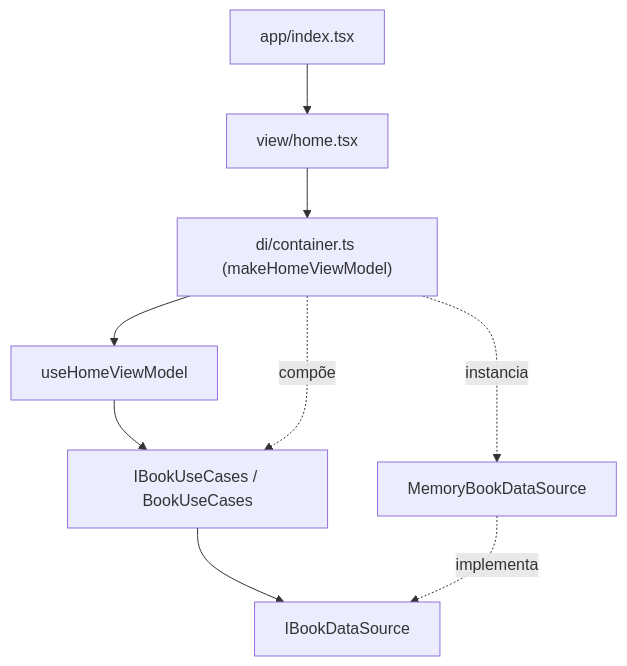
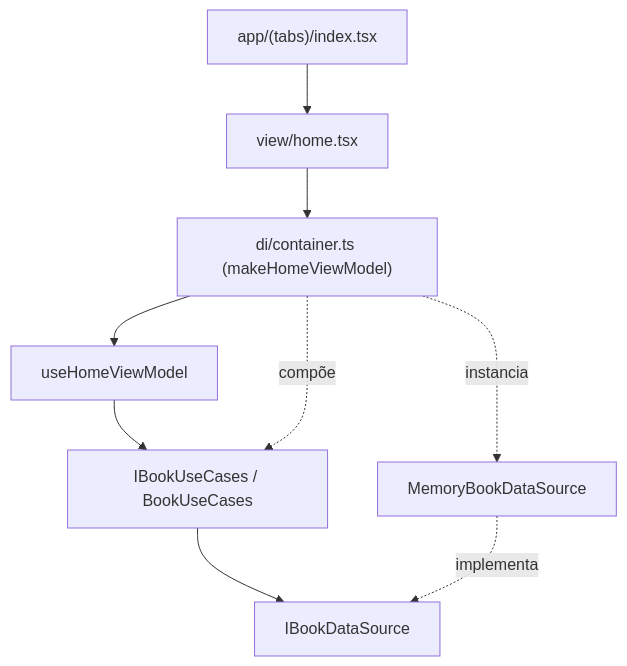
The diagram in docs/arquitetura.md (MICAELCARDOSOREIS/IPEBOOK_), drawn with Mermaid before and after one commit. The commit also changed other lines of this file and 28 other files, not shown here.

````diff
--- a/docs/arquitetura.md
+++ b/docs/arquitetura.md
@@ -29,11 +29,11 @@
 ```mermaid
 flowchart TD
-    R["app/index.tsx"] --> V["view/home.tsx"]
+    R["app/(tabs)/index.tsx"] --> V["view/home.tsx"]
     V --> DI["di/container.ts (makeHomeViewModel)"]
     DI --> VM["useHomeViewModel"]
     VM --> UC["IBookUseCases / BookUseCases"]
     UC --> DS["IBookDataSource"]
     MEM["MemoryBookDataSource"] -. implementa .-> DS
     DI -. compõe .-> UC
     DI -. instancia .-> MEM
 ```
````
